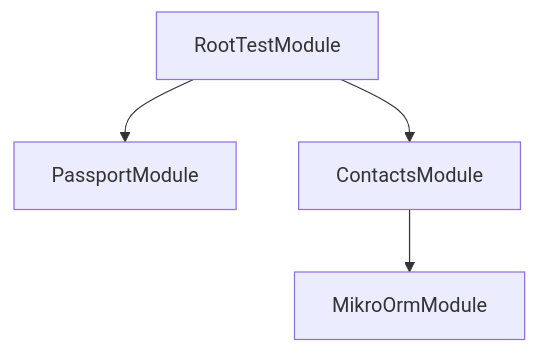
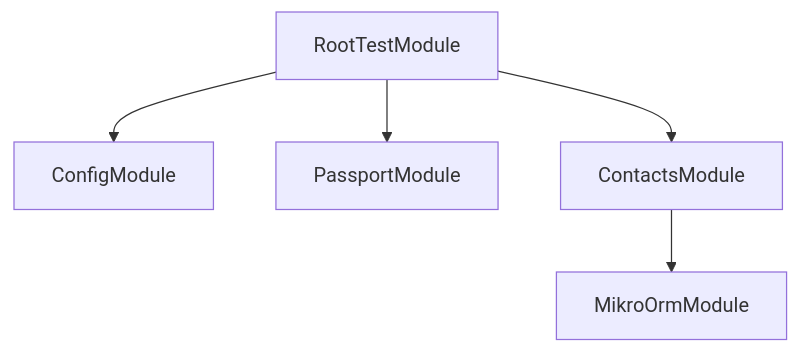
The diagram in docs/DependencyGraphForTest.md (gpo/grassroots), drawn with Mermaid before and after one commit. The commit also changed 4 other files, not shown here.

````diff
--- a/docs/DependencyGraphForTest.md
+++ b/docs/DependencyGraphForTest.md
@@ -1,6 +1,7 @@
 ```mermaid
 graph TD
-  RootTestModule-->PassportModule
+  RootTestModule-->ConfigModule
+RootTestModule-->PassportModule
 RootTestModule-->ContactsModule
 ContactsModule-->MikroOrmModule
 ```
````
